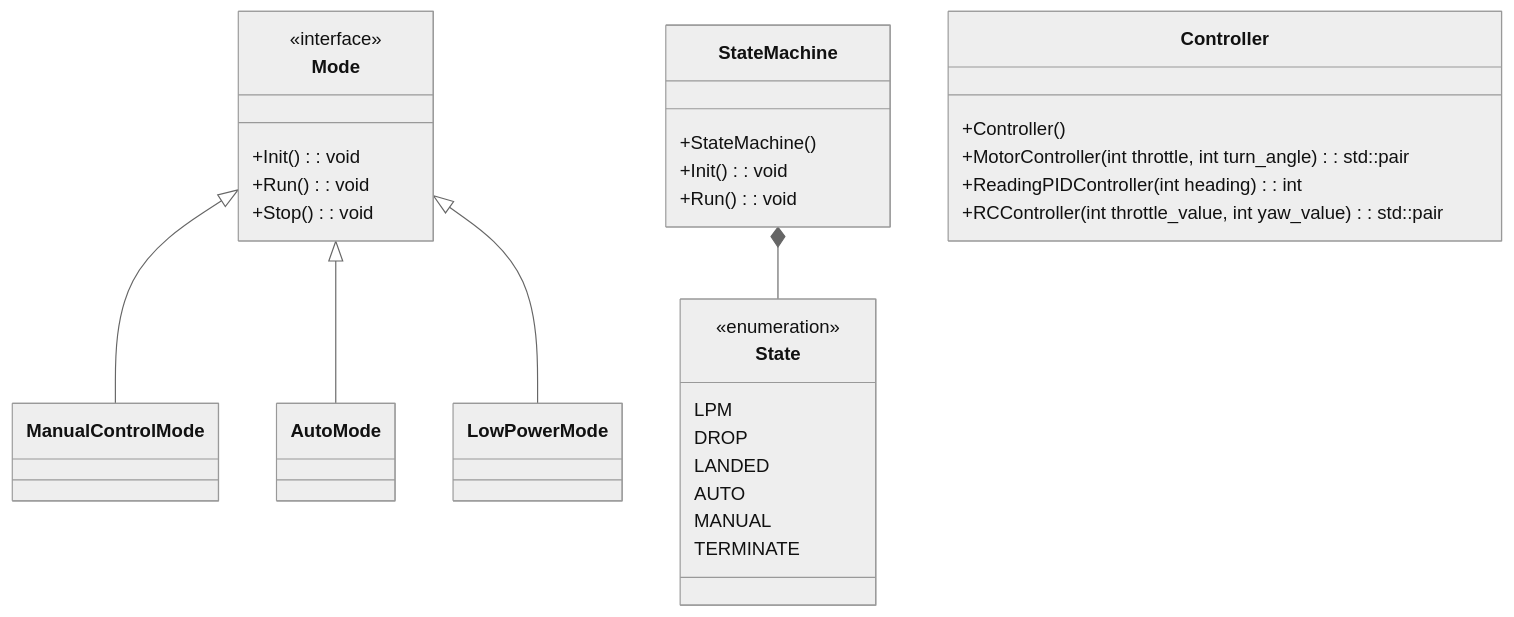
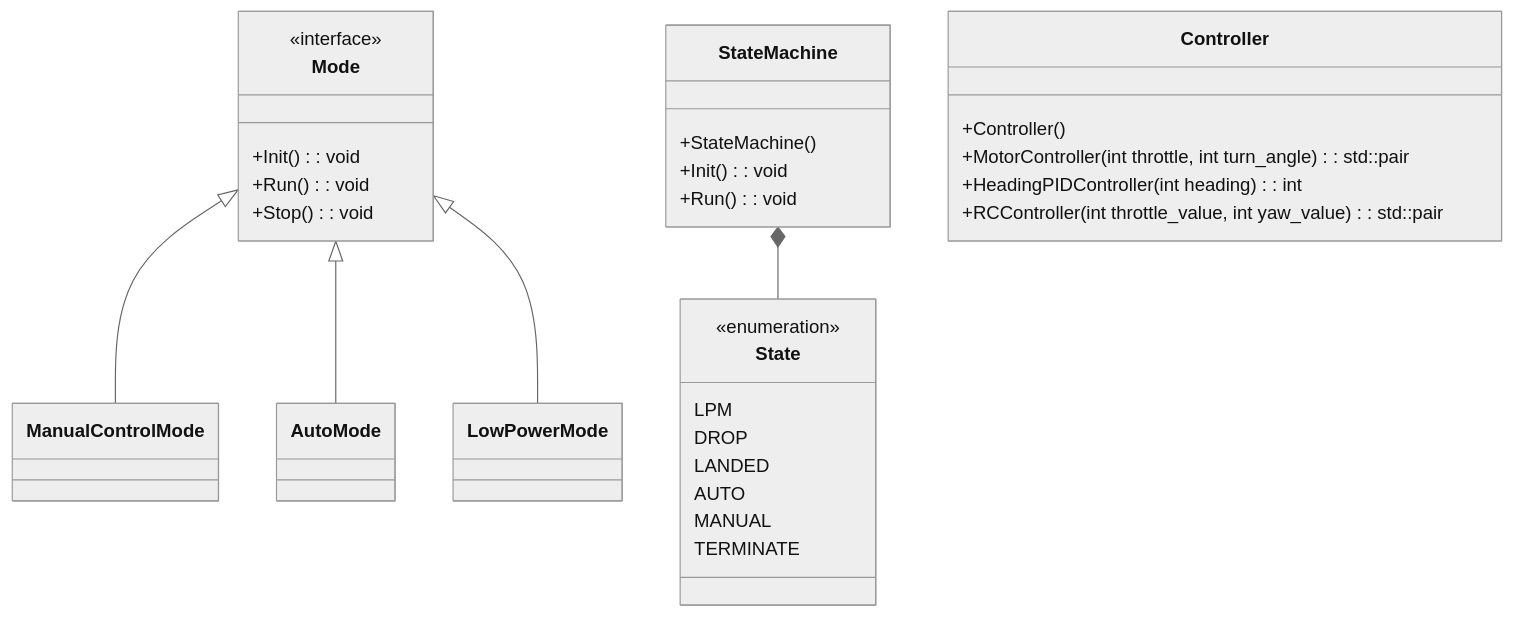
One commit to ubcuas/Airdrop-Software-2022 changed the third of 4 diagrams in docs/DESIGN.md. Above: the diagram before and after it, drawn with Mermaid (neutral theme). The commit also changed other lines of this file and 1 other file, not shown here.

Commit message:
add state diagram

````diff
--- a/docs/DESIGN.md
+++ b/docs/DESIGN.md
@@ -141,38 +143,38 @@
 ```mermaid
 classDiagram
 
 class Mode {
     <<interface>>
     +Init(): void
     +Run(): void
     +Stop(): void
 }
 
 Mode <|-- ManualControlMode
 Mode <|-- AutoMode
 Mode <|-- LowPowerMode
 
 
 StateMachine *-- State
 class StateMachine {
     +StateMachine()
     +Init(): void
     +Run(): void
 }
 class Controller {
   +Controller()
   +MotorController(int throttle, int turn_angle): std::pair
-  +ReadingPIDController(int heading): int
+  +HeadingPIDController(int heading): int
   +RCController(int throttle_value, int yaw_value): std::pair
 }
 
 class State {
   <<enumeration>>
   LPM
   DROP
   LANDED
   AUTO
   MANUAL
   TERMINATE
 }
 ```
````
